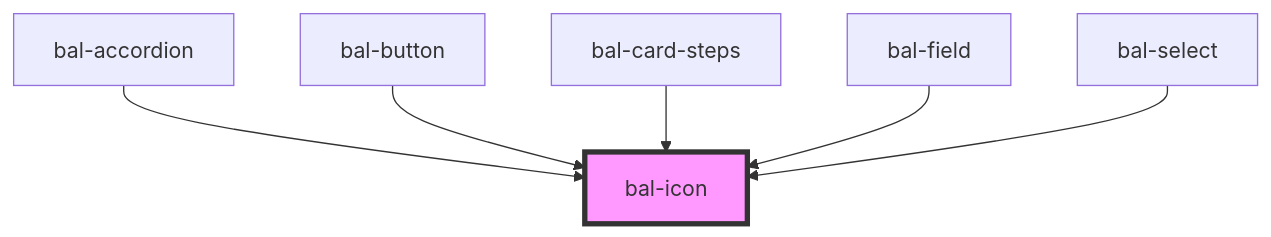
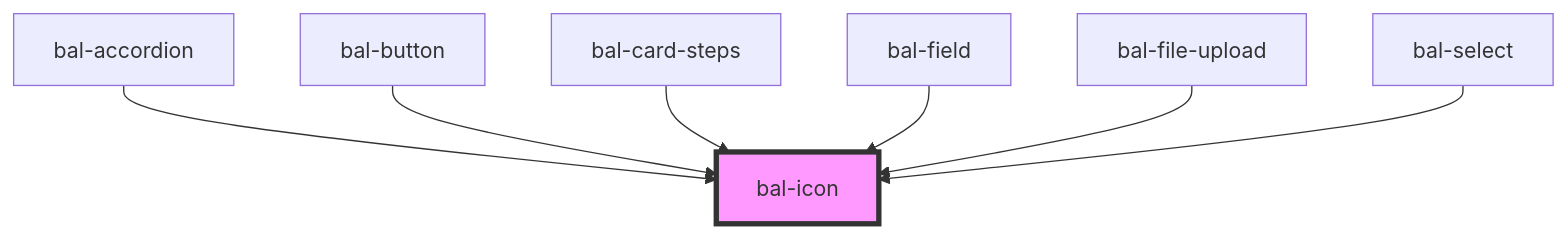
Before and after one commit to baloise/ui-library-next: the diagram in packages/library/src/components/bal-icon/readme.md, drawn with Mermaid. The commit also changed other lines of this file and 12 other files, not shown here.

````diff
--- a/packages/library/src/components/bal-icon/readme.md
+++ b/packages/library/src/components/bal-icon/readme.md
@@ -95,9 +96,10 @@
 ```mermaid
 graph TD;
   bal-accordion --> bal-icon
   bal-button --> bal-icon
   bal-card-steps --> bal-icon
   bal-field --> bal-icon
+  bal-file-upload --> bal-icon
   bal-select --> bal-icon
   style bal-icon fill:#f9f,stroke:#333,stroke-width:4px
 ```
````
